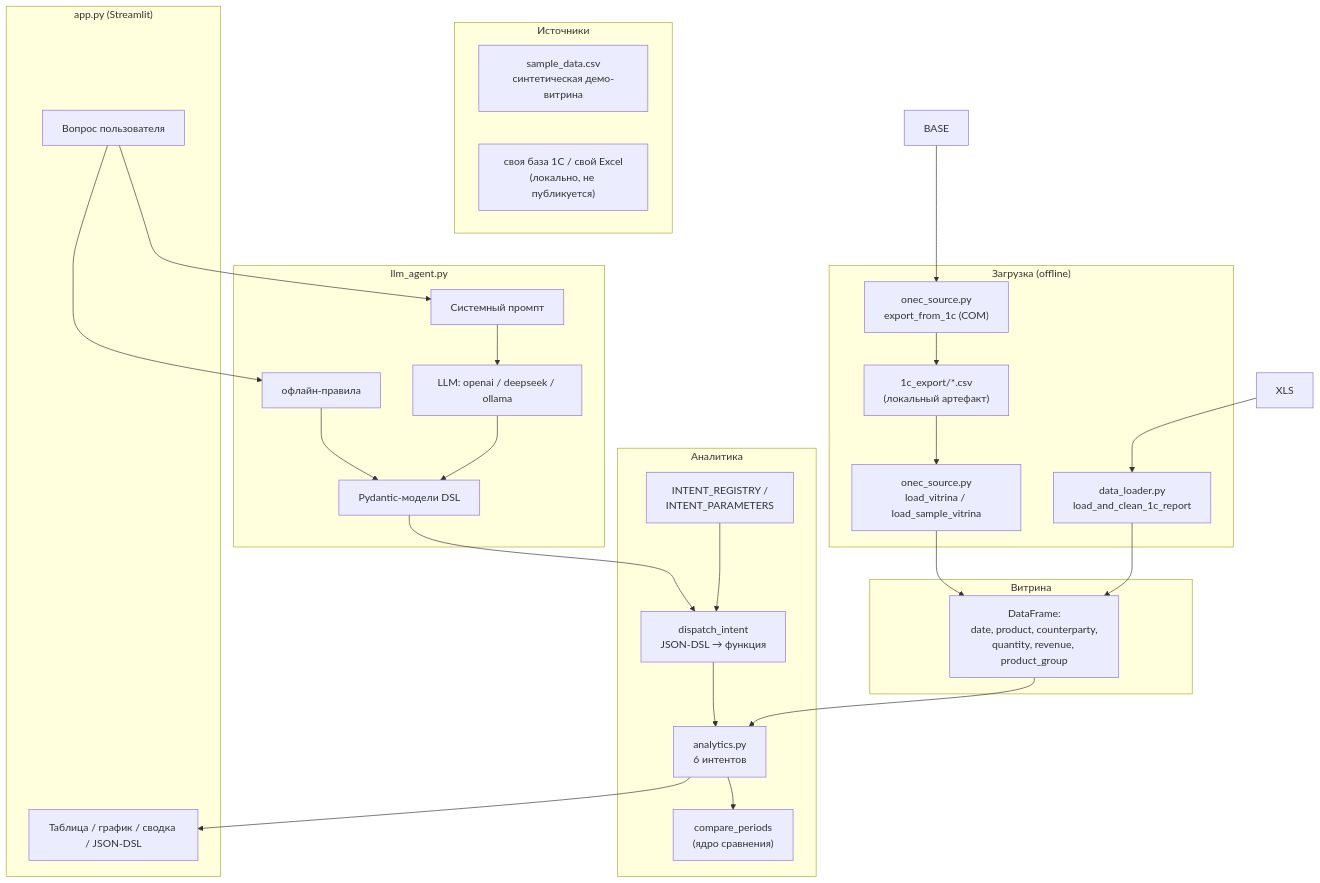
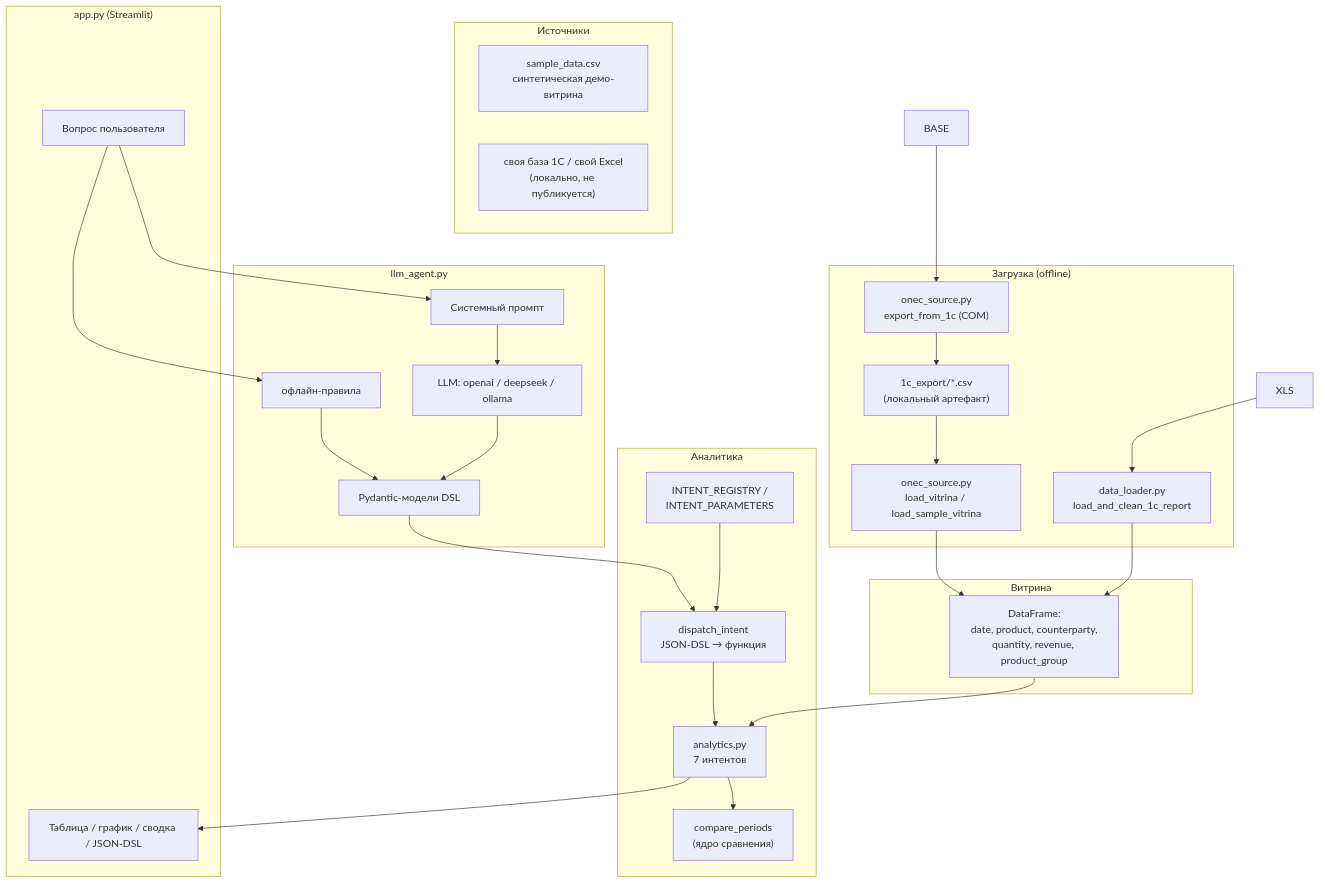
Before and after one commit to Smaturus/1c-ai-analyst: the diagram in docs/ARCHITECTURE.md, drawn with Mermaid. The commit also changed 20 other files, not shown here.

````diff
--- a/docs/ARCHITECTURE.md
+++ b/docs/ARCHITECTURE.md
@@ -24,46 +24,46 @@
 ```mermaid
 flowchart TB
     subgraph Sources["Источники"]
         SAMPLE["sample_data.csv<br/>синтетическая демо-витрина"]
         OWN["своя база 1С / свой Excel<br/>(локально, не публикуется)"]
     end
 
     subgraph ETL["Загрузка (offline)"]
         DL["data_loader.py<br/>load_and_clean_1c_report"]
         EXP["onec_source.py<br/>export_from_1c (COM)"]
         CSV["1c_export/*.csv<br/>(локальный артефакт)"]
         LOAD["onec_source.py<br/>load_vitrina / load_sample_vitrina"]
     end
 
     subgraph Store["Витрина"]
         V["DataFrame:<br/>date, product, counterparty,<br/>quantity, revenue, product_group"]
     end
 
     subgraph Serving["Аналитика"]
-        A["analytics.py<br/>6 интентов"]
+        A["analytics.py<br/>7 интентов"]
         CP["compare_periods<br/>(ядро сравнения)"]
         D["dispatch_intent<br/>JSON-DSL → функция"]
         REG["INTENT_REGISTRY /<br/>INTENT_PARAMETERS"]
     end
 
     subgraph LLMLayer["llm_agent.py"]
         PROMPT["Системный промпт"]
         CLIENT["LLM: openai / deepseek / ollama"]
         PYD["Pydantic-модели DSL"]
         RULES["офлайн-правила"]
     end
 
     subgraph UI["app.py (Streamlit)"]
         ASK["Вопрос пользователя"]
         OUT["Таблица / график / сводка / JSON-DSL"]
     end
 
     XLS --> DL --> V
     BASE --> EXP --> CSV --> LOAD --> V
     V --> A
     A --> CP
     REG --> D --> A
     ASK --> PROMPT --> CLIENT --> PYD --> D
     ASK --> RULES --> PYD
     A --> OUT
 ```
````
